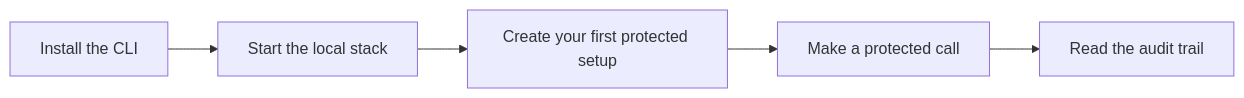
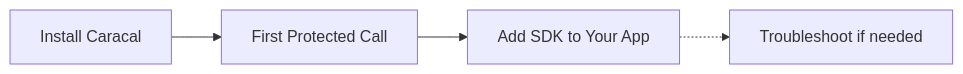
One commit to Garudex-Labs/caracal changed the second of 2 diagrams in docs/src/content/docs/get-started/index.mdx. Above: the diagram before and after it, drawn with Mermaid. The commit also changed other lines of this file and 127 other files, not shown here.

````diff
--- a/docs/src/content/docs/get-started/index.mdx
+++ b/docs/src/content/docs/get-started/index.mdx
@@ -97,10 +96,9 @@
 ```mermaid
 flowchart LR
-  Install[Install the CLI]
-  Stack[Start the local stack]
-  Setup[Create your first protected setup]
-  Call[Make a protected call]
-  Audit[Read the audit trail]
+  Install[Install Caracal]
+  Call[First Protected Call]
+  SDK[Add SDK to Your App]
+  Fix[Troubleshoot if needed]
 
-  Install --> Stack --> Setup --> Call --> Audit
+  Install --> Call --> SDK -.-> Fix
 ```
````
